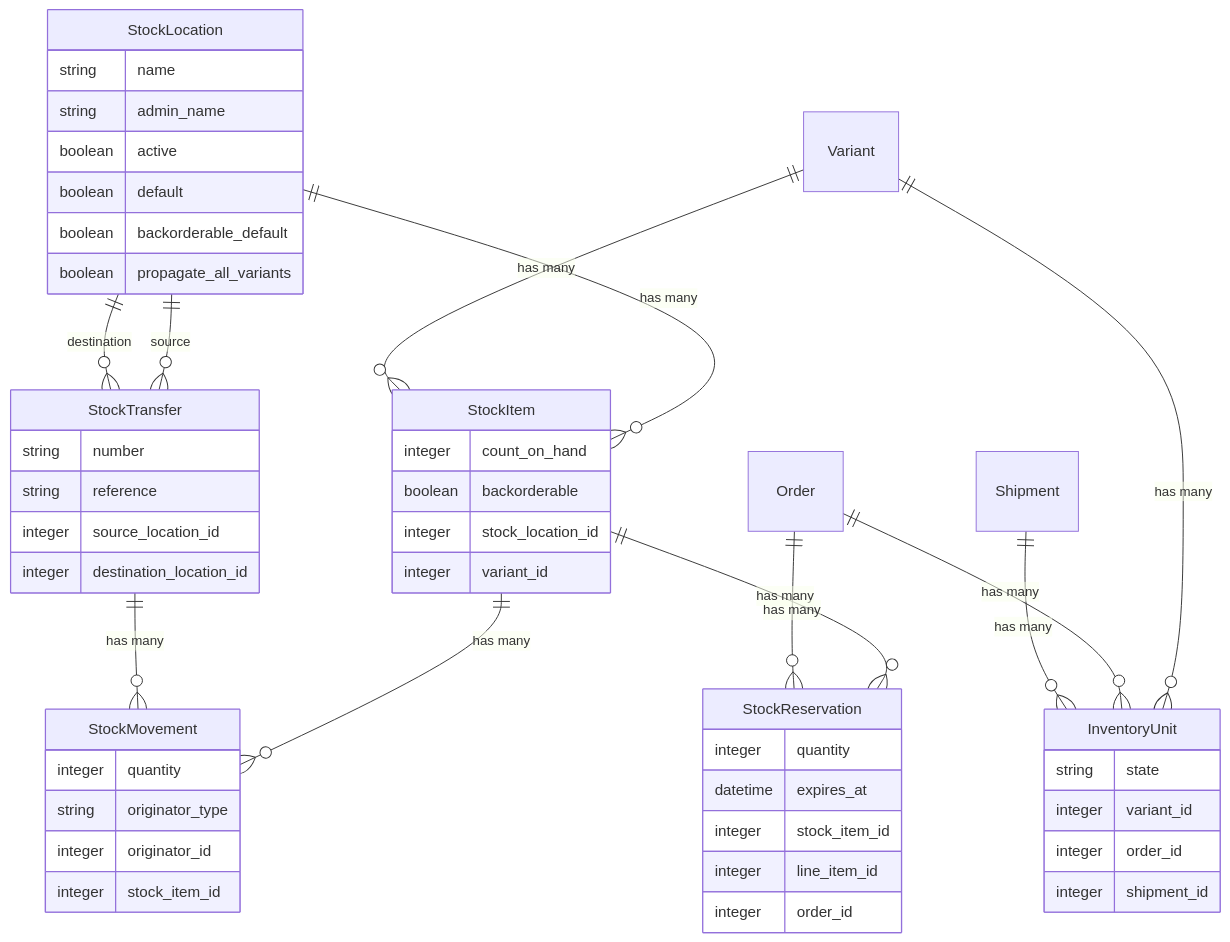
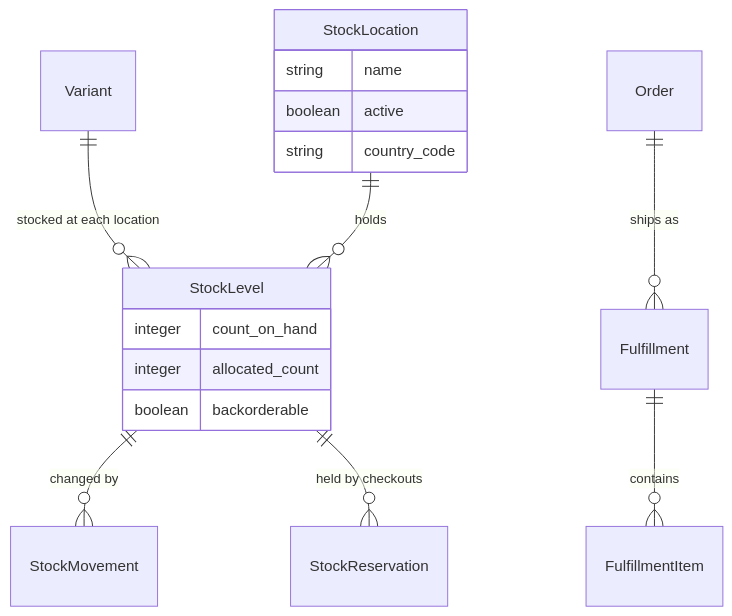
One commit to spree/spree changed the diagram in docs/developer/core-concepts/inventory.mdx. Above: the diagram before and after it, drawn with Mermaid. The commit also changed other lines of this file and 28 other files, not shown here.

````diff
--- a/docs/developer/core-concepts/inventory.mdx
+++ b/docs/developer/core-concepts/inventory.mdx
@@ -20,59 +12,20 @@
 ```mermaid
 erDiagram
+    Variant ||--o{ StockLevel : "stocked at each location"
+    StockLocation ||--o{ StockLevel : "holds"
+    StockLevel ||--o{ StockMovement : "changed by"
+    StockLevel ||--o{ StockReservation : "held by checkouts"
+    Order ||--o{ Fulfillment : "ships as"
+    Fulfillment ||--o{ FulfillmentItem : "contains"
+
+    StockLevel {
+        integer count_on_hand
+        integer allocated_count
+        boolean backorderable
+    }
     StockLocation {
         string name
-        string admin_name
         boolean active
-        boolean default
-        boolean backorderable_default
-        boolean propagate_all_variants
+        string country_code
     }
-
-    StockItem {
-        integer count_on_hand
-        boolean backorderable
-        integer stock_location_id
-        integer variant_id
-    }
-
-    StockMovement {
-        integer quantity
-        string originator_type
-        integer originator_id
-        integer stock_item_id
-    }
-
-    StockTransfer {
-        string number
-        string reference
-        integer source_location_id
-        integer destination_location_id
-    }
-
-    InventoryUnit {
-        string state
-        integer variant_id
-        integer order_id
-        integer shipment_id
-    }
-
-    StockReservation {
-        integer quantity
-        datetime expires_at
-        integer stock_item_id
-        integer line_item_id
-        integer order_id
-    }
-
-    StockLocation ||--o{ StockItem : "has many"
-    StockLocation ||--o{ StockTransfer : "source"
-    StockLocation ||--o{ StockTransfer : "destination"
-    Variant ||--o{ StockItem : "has many"
-    Variant ||--o{ InventoryUnit : "has many"
-    StockItem ||--o{ StockMovement : "has many"
-    StockItem ||--o{ StockReservation : "has many"
-    StockTransfer ||--o{ StockMovement : "has many"
-    Order ||--o{ InventoryUnit : "has many"
-    Order ||--o{ StockReservation : "has many"
-    Shipment ||--o{ InventoryUnit : "has many"
 ```
````
